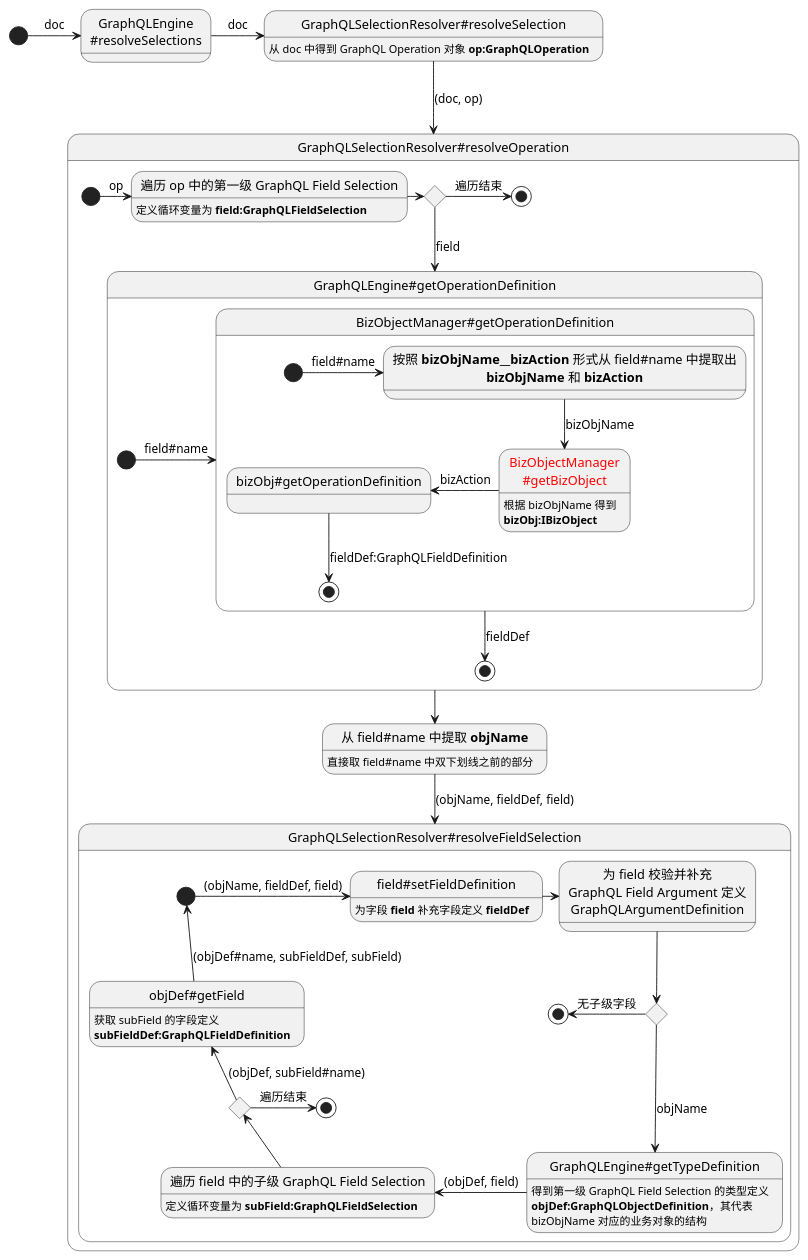
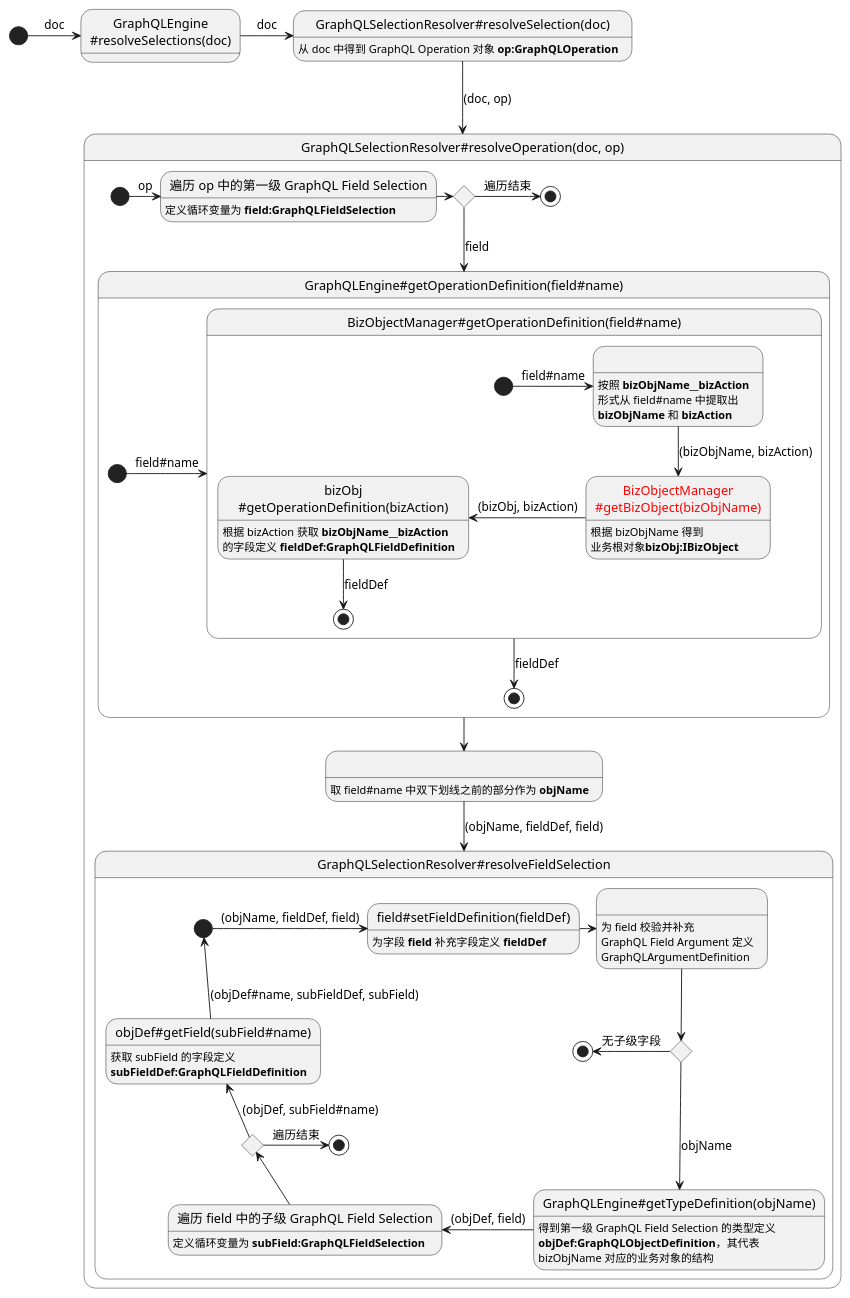
One commit to crazydan-studio/nop.crazydan.io changed the fourth of 9 diagrams in docs/400.implement/400.component/100.graphql.md. Above: the diagram before and after it, drawn with PlantUML.

Commit message:
Docs: 更新章节<NopGraphQL 引擎>

````diff
--- a/docs/400.implement/400.component/100.graphql.md
+++ b/docs/400.implement/400.component/100.graphql.md
@@ -416,69 +416,69 @@
 ```plantuml
-state "GraphQLEngine\n~#resolveSelections" as call_engine_resolveSelections
+state "GraphQLEngine\n~#resolveSelections(doc)" as call_engine_resolveSelections
 
-state "GraphQLSelectionResolver#resolveSelection" as call_resolver_resolveSelection: 从 doc 中得到 GraphQL Operation 对象 <b>op:GraphQLOperation</b>
+state "GraphQLSelectionResolver#resolveSelection(doc)" as call_resolver_resolveSelection: 从 doc 中得到 GraphQL Operation 对象 <b>op:GraphQLOperation</b>
 
 [*] -> call_engine_resolveSelections: doc
 call_engine_resolveSelections -> call_resolver_resolveSelection: doc
 call_resolver_resolveSelection -down-> call_resolver_resolveOperation: (doc, op)
 
-state "GraphQLSelectionResolver#resolveOperation" as call_resolver_resolveOperation {
+state "GraphQLSelectionResolver#resolveOperation(doc, op)" as call_resolver_resolveOperation {
   state "遍历 op 中的第一级 GraphQL Field Selection" as get_field_from_op: 定义循环变量为 <b>field:GraphQLFieldSelection</b>
-  state "从 field#name 中提取 <b>objName</b>" as split_objName_from_op: 直接取 field#name 中双下划线之前的部分
+  state " " as split_objName_from_op: 取 field#name 中双下划线之前的部分作为 <b>objName</b>
   state has_op_field <<choice>>
 
   [*] -right-> get_field_from_op: op
   get_field_from_op -right-> has_op_field
 
   has_op_field -right-> [*]: 遍历结束
   has_op_field -down-> call_engine_getOperationDefinition: field
 
   call_engine_getOperationDefinition -down-> split_objName_from_op
   split_objName_from_op -down-> call_resolver_resolveFieldSelection: (objName, fieldDef, field)
 
-  state "GraphQLEngine~#getOperationDefinition" as call_engine_getOperationDefinition {
+  state "GraphQLEngine~#getOperationDefinition(field#name)" as call_engine_getOperationDefinition {
     [*] -right-> call_bizObj_getOperationDefinition: field#name
     call_bizObj_getOperationDefinition -down-> [*]: fieldDef
 
-    state "BizObjectManager#getOperationDefinition" as call_bizObj_getOperationDefinition {
-      state "按照 **bizObjName__bizAction** 形式从 field#name 中提取出\n**bizObjName** 和 **bizAction**" as split_field_name
-      state "<color:red>BizObjectManager\n<color:red>~#getBizObject" as call_biz_obj_man_getBizObject: 根据 bizObjName 得到\n<b>bizObj:IBizObject</b>
-      state "bizObj#getOperationDefinition" as call_biz_obj_getOperationDefinition
+    state "BizObjectManager#getOperationDefinition(field#name)" as call_bizObj_getOperationDefinition {
+      state " " as split_field_name: 按照 **bizObjName__bizAction**\n形式从 field#name 中提取出\n**bizObjName** 和 **bizAction**
+      state "<color:red>BizObjectManager\n<color:red>~#getBizObject(bizObjName)" as call_biz_obj_man_getBizObject: 根据 bizObjName 得到\n业务根对象<b>bizObj:IBizObject</b>
+      state "bizObj\n~#getOperationDefinition(bizAction)" as call_biz_obj_getOperationDefinition: 根据 bizAction 获取 **bizObjName__bizAction**\n的字段定义 <b>fieldDef:GraphQLFieldDefinition</b>
 
       [*] -right-> split_field_name: field#name
-      split_field_name -down-> call_biz_obj_man_getBizObject: bizObjName
-      call_biz_obj_man_getBizObject -left-> call_biz_obj_getOperationDefinition: bizAction
-      call_biz_obj_getOperationDefinition -down-> [*]: fieldDef:GraphQLFieldDefinition
+      split_field_name -down-> call_biz_obj_man_getBizObject: (bizObjName, bizAction)
+      call_biz_obj_man_getBizObject -left-> call_biz_obj_getOperationDefinition: (bizObj, bizAction)
+      call_biz_obj_getOperationDefinition -down-> [*]: fieldDef
     }
   }
 
   state "GraphQLSelectionResolver~#resolveFieldSelection" as call_resolver_resolveFieldSelection {
-    state "field#setFieldDefinition" as call_field_setFieldDefinition: 为字段 <b>field</b> 补充字段定义 <b>fieldDef</b>
-    state "为 field 校验并补充\nGraphQL Field Argument 定义\nGraphQLArgumentDefinition" as validate_field_args
+    state "field#setFieldDefinition(fieldDef)" as call_field_setFieldDefinition: 为字段 <b>field</b> 补充字段定义 <b>fieldDef</b>
+    state " " as validate_field_args: 为 field 校验并补充\nGraphQL Field Argument 定义\nGraphQLArgumentDefinition
     state top_has_sub_field <<choice>>
 
-    state "GraphQLEngine#getTypeDefinition" as call_engine_getTypeDefinition: 得到第一级 GraphQL Field Selection 的类型定义\n<b>objDef:GraphQLObjectDefinition</b>，其代表\nbizObjName 对应的业务对象的结构
+    state "GraphQLEngine#getTypeDefinition(objName)" as call_engine_getTypeDefinition: 得到第一级 GraphQL Field Selection 的类型定义\n<b>objDef:GraphQLObjectDefinition</b>，其代表\nbizObjName 对应的业务对象的结构
     state "遍历 field 中的子级 GraphQL Field Selection" as get_field_from_field: 定义循环变量为 <b>subField:GraphQLFieldSelection</b>
-    state "objDef#getField" as call_obj_def_getField: 获取 subField 的字段定义\n<b>subFieldDef:GraphQLFieldDefinition</b>
+    state "objDef#getField(subField#name)" as call_obj_def_getField: 获取 subField 的字段定义\n<b>subFieldDef:GraphQLFieldDefinition</b>
     state has_sub_field <<choice>>
     state start <<start>>
     state end0 <<end>>
     state end1 <<end>>
 
     start -right-> call_field_setFieldDefinition: (objName, fieldDef, field)
     call_field_setFieldDefinition -right-> validate_field_args
     validate_field_args -down-> top_has_sub_field
 
     top_has_sub_field -left-> end0: 无子级字段
     top_has_sub_field -down-> call_engine_getTypeDefinition: objName
 
     call_engine_getTypeDefinition -left-> get_field_from_field: (objDef, field)
     get_field_from_field -up-> has_sub_field
 
     has_sub_field -right-> end1: 遍历结束
     has_sub_field -up-> call_obj_def_getField: (objDef, subField#name)
 
     call_obj_def_getField -up-> start: (objDef#name, subFieldDef, subField)
   }
 }
 ```
````
